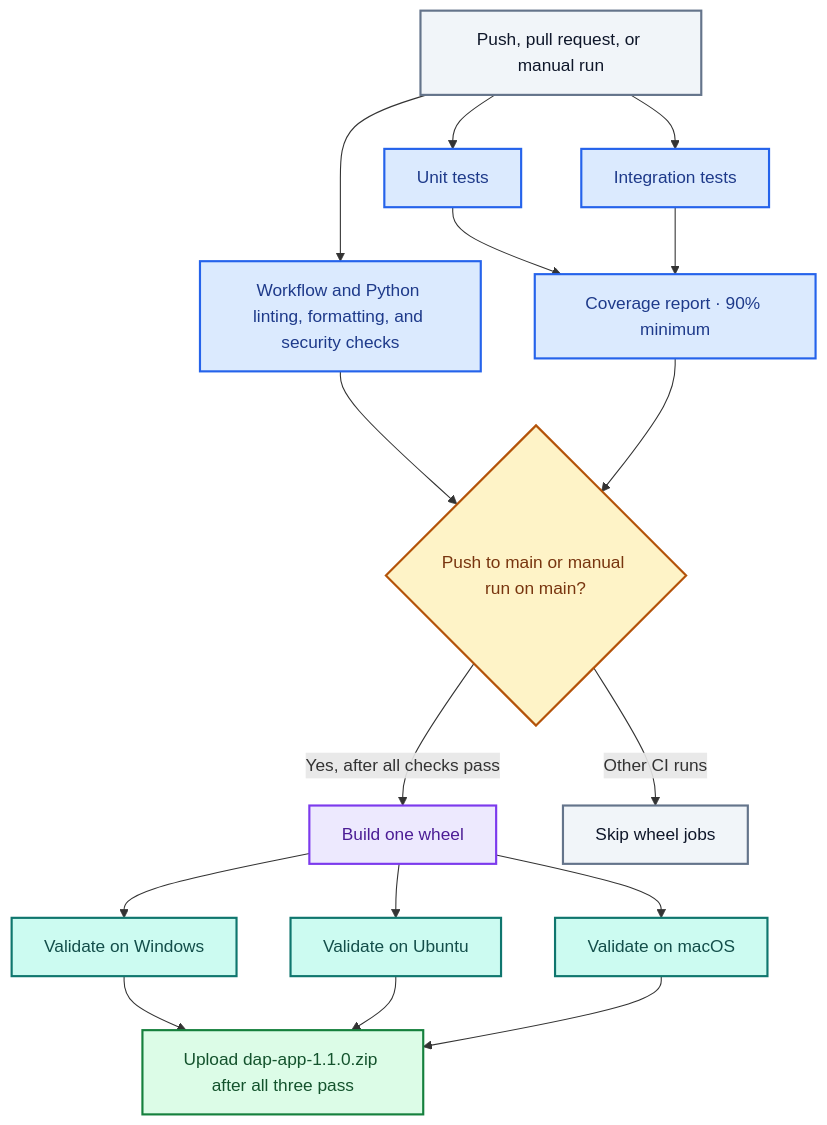
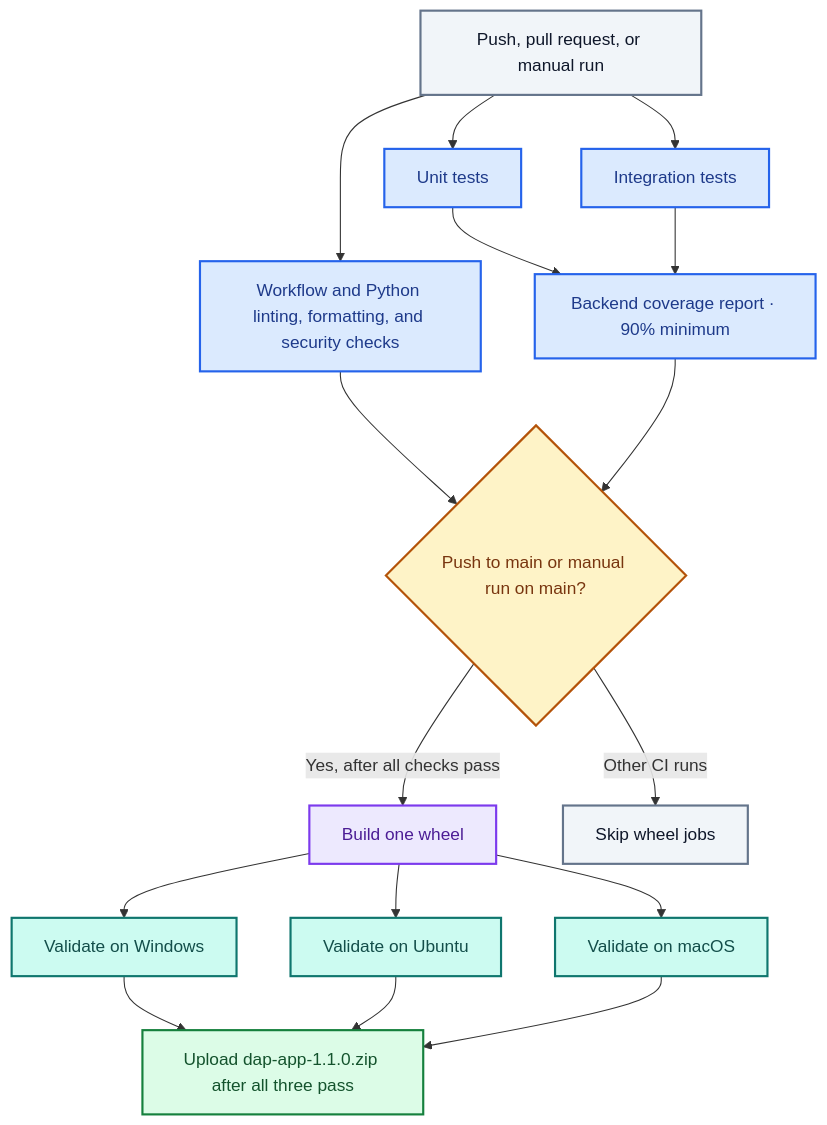
One commit to OllieOzzy/cmsc495-social-worker-ai-assistant changed the second of 3 diagrams in README.md. Above: the diagram before and after it, drawn with Mermaid. The commit also changed other lines of this file and 5 other files, not shown here.

````diff
--- a/README.md
+++ b/README.md
@@ -169,36 +195,36 @@
 ```mermaid
 flowchart TD
     Start["Push, pull request, or manual run"]
     Start --> Checks["Workflow and Python linting, formatting, and security checks"]
     Start --> Unit["Unit tests"]
     Start --> Integration["Integration tests"]
 
-    Unit --> Coverage["Coverage report · 90% minimum"]
+    Unit --> Coverage["Backend coverage report · 90% minimum"]
     Integration --> Coverage
     Checks --> Eligible{"Push to main or manual run on main?"}
     Coverage --> Eligible
     Eligible -->|"Yes, after all checks pass"| Build["Build one wheel"]
     Eligible -->|"Other CI runs"| Skip["Skip wheel jobs"]
 
     Build --> Windows["Validate on Windows"]
     Build --> Linux["Validate on Ubuntu"]
     Build --> Mac["Validate on macOS"]
 
     Windows --> Upload["Upload dap-app-1.1.0.zip after all three pass"]
     Linux --> Upload
     Mac --> Upload
 
     classDef trigger fill:#F1F5F9,stroke:#64748B,color:#0F172A,stroke-width:2px
     classDef checks fill:#DBEAFE,stroke:#2563EB,color:#1E3A8A,stroke-width:2px
     classDef build fill:#EDE9FE,stroke:#7C3AED,color:#4C1D95,stroke-width:2px
     classDef validation fill:#CCFBF1,stroke:#0F766E,color:#134E4A,stroke-width:2px
     classDef decision fill:#FEF3C7,stroke:#B45309,color:#78350F,stroke-width:2px
     classDef artifact fill:#DCFCE7,stroke:#15803D,color:#14532D,stroke-width:2px
 
     class Start,Skip trigger
     class Checks,Unit,Integration,Coverage checks
     class Build build
     class Windows,Linux,Mac validation
     class Eligible decision
     class Upload artifact
 ```
````
